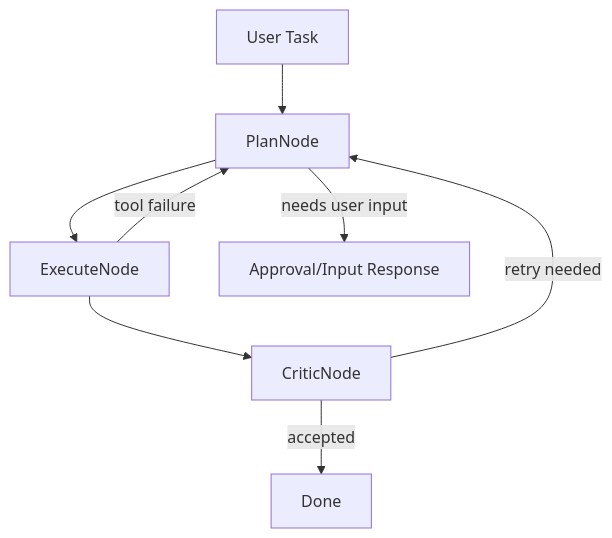
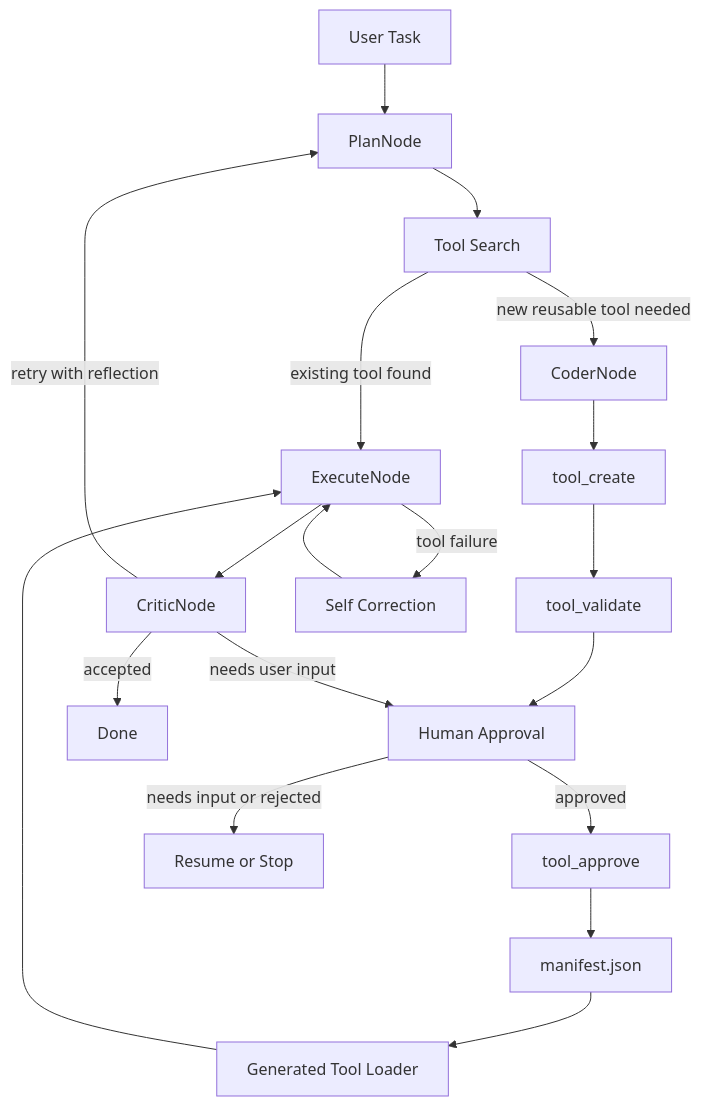
Before and after one commit to WOWEunji/AdaptiveAgent: the diagram in docs/architecture_blueprint.md, drawn with Mermaid. The commit also changed other lines of this file and 7 other files, not shown here.

````diff
--- a/docs/architecture_blueprint.md
+++ b/docs/architecture_blueprint.md
@@ -36,10 +35,21 @@
 ```mermaid
 flowchart TD
   userTask["User Task"] --> planNode["PlanNode"]
-  planNode --> executeNode["ExecuteNode"]
+  planNode --> searchTools["Tool Search"]
+  searchTools -->|"existing tool found"| executeNode["ExecuteNode"]
+  searchTools -->|"new reusable tool needed"| coderNode["CoderNode"]
+  coderNode --> toolCreate["tool_create"]
+  toolCreate --> toolValidate["tool_validate"]
+  toolValidate --> approvalNode["Human Approval"]
+  approvalNode -->|"approved"| toolApprove["tool_approve"]
+  approvalNode -->|"needs input or rejected"| resumeNode["Resume or Stop"]
+  toolApprove --> manifest["manifest.json"]
+  manifest --> registryLoad["Generated Tool Loader"]
+  registryLoad --> executeNode
   executeNode --> criticNode["CriticNode"]
   criticNode -->|"accepted"| doneNode["Done"]
-  criticNode -->|"retry needed"| planNode
-  planNode -->|"needs user input"| approvalResponse["Approval/Input Response"]
-  executeNode -->|"tool failure"| planNode
+  criticNode -->|"retry with reflection"| planNode
+  criticNode -->|"needs user input"| approvalNode
+  executeNode -->|"tool failure"| correctionLoop["Self Correction"]
+  correctionLoop --> executeNode
 ```
````
